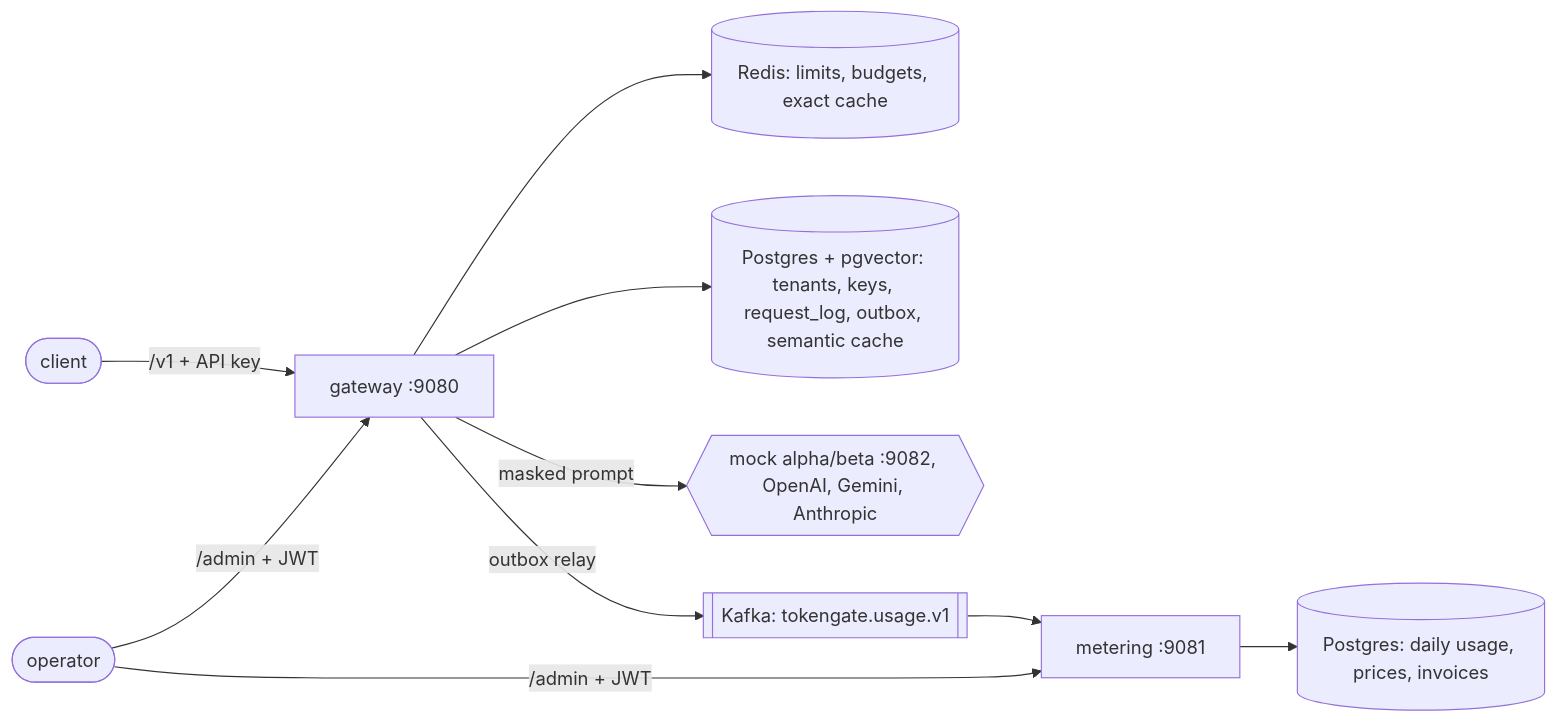
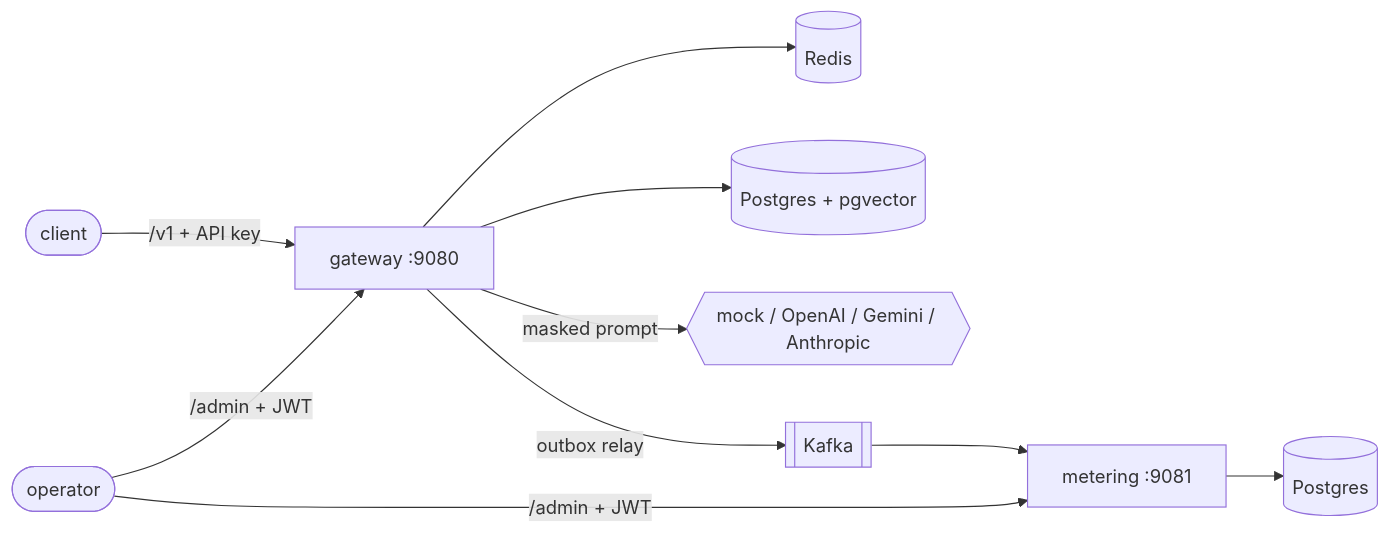
The diagram in README.md (dkunall/tokengate), drawn with Mermaid before and after one commit. The commit also changed other lines of this file, not shown here.

````diff
--- a/README.md
+++ b/README.md
@@ -46,12 +28,12 @@
 ```mermaid
 flowchart LR
     client([client]) -->|/v1 + API key| gw[gateway :9080]
     admin([operator]) -->|/admin + JWT| gw
     admin -->|/admin + JWT| mt[metering :9081]
-    gw --> redis[(Redis: limits, budgets, exact cache)]
-    gw --> pg[(Postgres + pgvector: tenants, keys, request_log, outbox, semantic cache)]
-    gw -->|masked prompt| prov{{mock alpha/beta :9082, OpenAI, Gemini, Anthropic}}
-    gw -->|outbox relay| kafka[[Kafka: tokengate.usage.v1]]
+    gw --> redis[(Redis)]
+    gw --> pg[(Postgres + pgvector)]
+    gw -->|masked prompt| prov{{mock / OpenAI / Gemini / Anthropic}}
+    gw -->|outbox relay| kafka[[Kafka]]
     kafka --> mt
-    mt --> pgm[(Postgres: daily usage, prices, invoices)]
+    mt --> pgm[(Postgres)]
 ```
````
